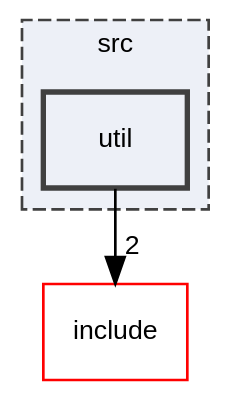
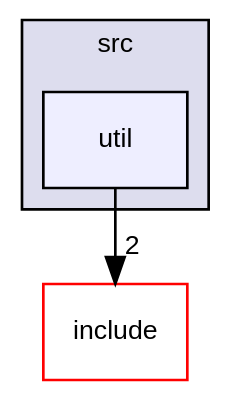
Before and after one commit to iliaskap12/chess: the diagram in dir_b7878ad5ecbf2506f4125b9d34c97e45_dep.dot, drawn with Graphviz. The commit also changed 428 other files, not shown here.

```diff
--- a/dir_b7878ad5ecbf2506f4125b9d34c97e45_dep.dot
+++ b/dir_b7878ad5ecbf2506f4125b9d34c97e45_dep.dot
@@ -1,14 +1,12 @@
-digraph "/Users/runner/work/chess/chess/src/util"
-{
- // LATEX_PDF_SIZE
-  bgcolor="transparent";
-  edge [fontname="Helvetica",fontsize="10",labelfontname="Helvetica",labelfontsize="10"];
-  node [fontname="Helvetica",fontsize="10",shape=record];
+digraph "/Users/runner/work/chess/chess/src/util" {
+  bgcolor=transparent;
   compound=true
+  node [ fontsize="10", fontname="Helvetica"];
+  edge [ labelfontsize="10", labelfontname="Helvetica"];
   subgraph clusterdir_68267d1309a1af8e8297ef4c3efbcdba {
-    graph [ bgcolor="#edf0f7", pencolor="grey25", style="filled,dashed,", label="src", fontname="Helvetica", fontsize="10", URL="dir_68267d1309a1af8e8297ef4c3efbcdba.html"]
-  dir_b7878ad5ecbf2506f4125b9d34c97e45 [shape=box, label="util", style="filled,bold,", fillcolor="#edf0f7", color="grey25", URL="dir_b7878ad5ecbf2506f4125b9d34c97e45.html"];
+    graph [ bgcolor="#ddddee", pencolor="black", label="src" fontname="Helvetica", fontsize="10", URL="dir_68267d1309a1af8e8297ef4c3efbcdba.html"]
+  dir_b7878ad5ecbf2506f4125b9d34c97e45 [shape=box, label="util", style="filled", fillcolor="#eeeeff", pencolor="black", URL="dir_b7878ad5ecbf2506f4125b9d34c97e45.html"];
   }
-  dir_d44c64559bbebec7f509842c48db8b23 [shape=box, label="include", style="", fillcolor="#edf0f7", color="red", URL="dir_d44c64559bbebec7f509842c48db8b23.html"];
-  dir_b7878ad5ecbf2506f4125b9d34c97e45->dir_d44c64559bbebec7f509842c48db8b23 [headlabel="2", labeldistance=1.5 headhref="dir_000011_000006.html"];
+  dir_d44c64559bbebec7f509842c48db8b23 [shape=box label="include" color="red" URL="dir_d44c64559bbebec7f509842c48db8b23.html"];
+  dir_b7878ad5ecbf2506f4125b9d34c97e45->dir_d44c64559bbebec7f509842c48db8b23 [headlabel="2", labeldistance=1.5 headhref="dir_000011_000000.html"];
 }
```
